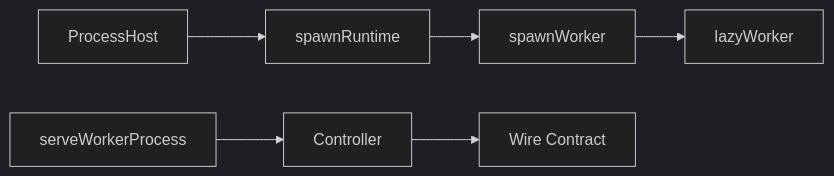
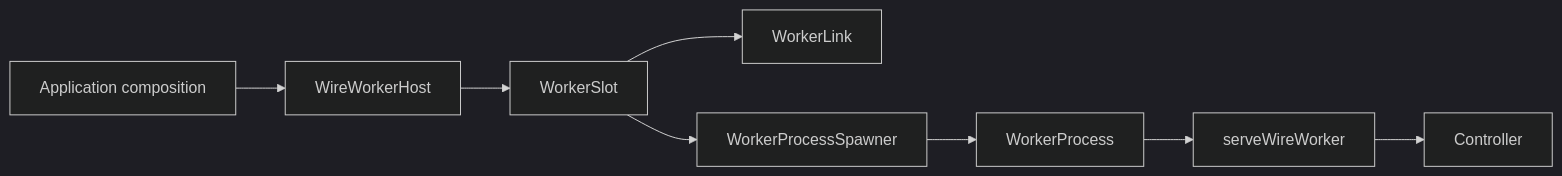
One commit to generalaction/emdash changed the diagram in packages/wire/docs/runtime/workers.md. Above: the diagram before and after it, drawn with Mermaid (dark theme). The commit also changed other lines of this file and 78 other files, not shown here.

Commit message:
feat: improve wire worker handling

````diff
--- a/packages/wire/docs/runtime/workers.md
+++ b/packages/wire/docs/runtime/workers.md
@@ -13,8 +10,10 @@
 ```mermaid
 flowchart LR
-  ProcessHost["ProcessHost"] --> SpawnRuntime["spawnRuntime"]
-  SpawnRuntime --> SpawnWorker["spawnWorker"]
-  SpawnWorker --> LazyWorker["lazyWorker"]
-  ServeWorkerProcess["serveWorkerProcess"] --> Controller["Controller"]
-  Controller --> Contract["Wire Contract"]
+  App["Application composition"] --> Host["WireWorkerHost"]
+  Host --> Slot["WorkerSlot"]
+  Slot --> Link["WorkerLink"]
+  Slot --> Spawner["WorkerProcessSpawner"]
+  Spawner --> Process["WorkerProcess"]
+  Process --> Serve["serveWireWorker"]
+  Serve --> Controller["Controller"]
 ```
````
